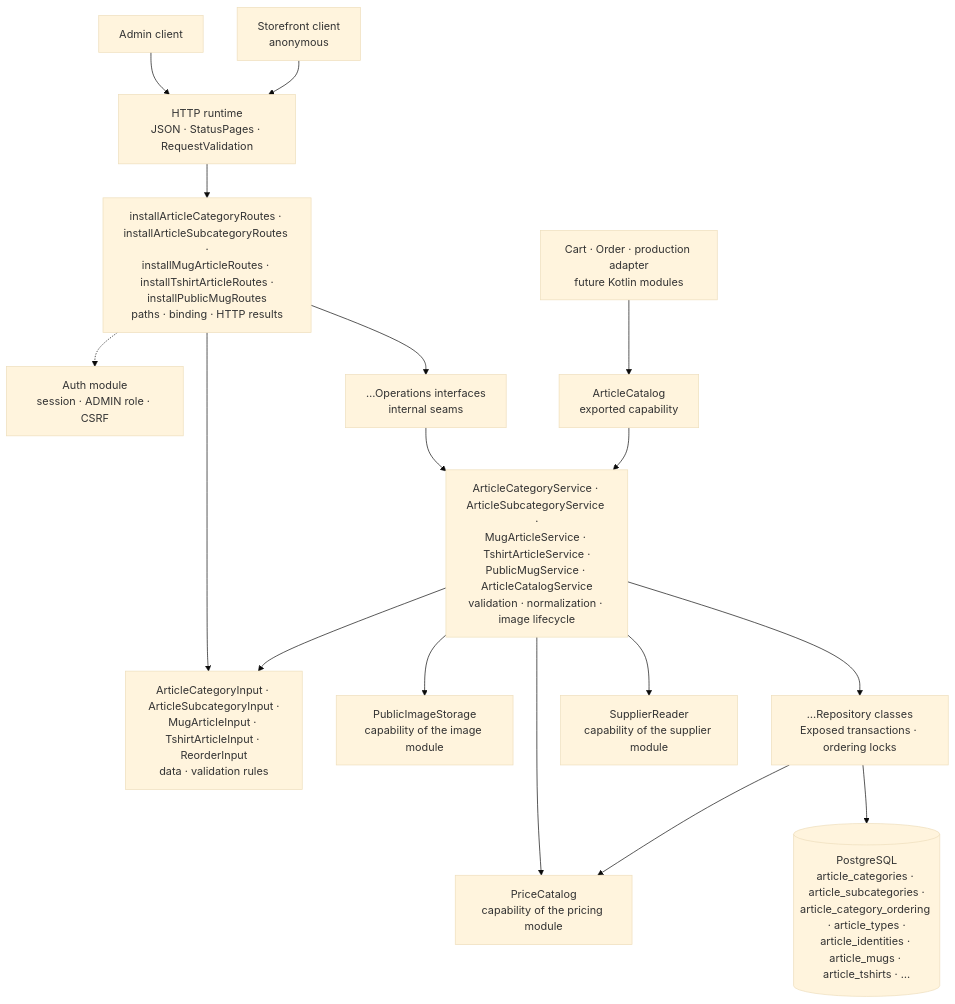
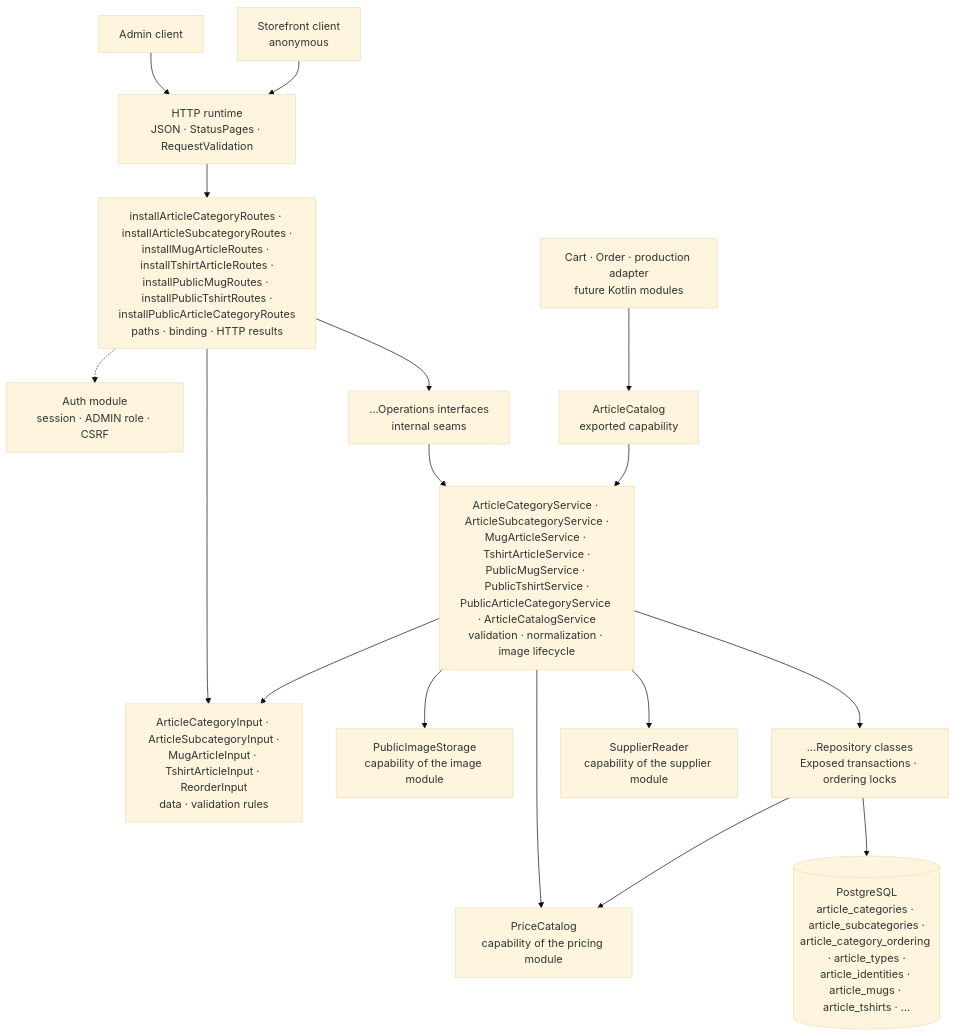
The diagram in docs/dev/backend/article-package.md (bitstorm-tech/voenix-shop-kotlin), drawn with Mermaid (base theme) before and after one commit. The commit also changed other lines of this file and 21 other files, not shown here.

````diff
--- a/docs/dev/backend/article-package.md
+++ b/docs/dev/backend/article-package.md
@@ -58,33 +57,33 @@
 ```mermaid
 flowchart TB
     Client["Admin client"]
     Shop["Storefront client<br/>anonymous"]
     Http["HTTP runtime<br/>JSON · StatusPages · RequestValidation"]
     Auth["Auth module<br/>session · ADMIN role · CSRF"]
-    Routes["installArticleCategoryRoutes · installArticleSubcategoryRoutes ·<br/>installMugArticleRoutes · installTshirtArticleRoutes ·<br/>installPublicMugRoutes<br/>paths · binding · HTTP results"]
+    Routes["installArticleCategoryRoutes · installArticleSubcategoryRoutes ·<br/>installMugArticleRoutes · installTshirtArticleRoutes ·<br/>installPublicMugRoutes · installPublicTshirtRoutes ·<br/>installPublicArticleCategoryRoutes<br/>paths · binding · HTTP results"]
     Input["ArticleCategoryInput · ArticleSubcategoryInput ·<br/>MugArticleInput · TshirtArticleInput · ReorderInput<br/>data · validation rules"]
     Operations["…Operations interfaces<br/>internal seams"]
     Consumer["Cart · Order · production adapter<br/>future Kotlin modules"]
     Catalog["ArticleCatalog<br/>exported capability"]
-    Service["ArticleCategoryService · ArticleSubcategoryService ·<br/>MugArticleService · TshirtArticleService ·<br/>PublicMugService · ArticleCatalogService<br/>validation · normalization · image lifecycle"]
+    Service["ArticleCategoryService · ArticleSubcategoryService ·<br/>MugArticleService · TshirtArticleService ·<br/>PublicMugService · PublicTshirtService ·<br/>PublicArticleCategoryService · ArticleCatalogService<br/>validation · normalization · image lifecycle"]
     Images["PublicImageStorage<br/>capability of the image module"]
     Prices["PriceCatalog<br/>capability of the pricing module"]
     Suppliers["SupplierReader<br/>capability of the supplier module"]
     Repository["…Repository classes<br/>Exposed transactions · ordering locks"]
     Database[("PostgreSQL<br/>article_categories · article_subcategories ·<br/>article_category_ordering · article_types ·<br/>article_identities · article_mugs · article_tshirts · …")]
 
     Client --> Http --> Routes
     Shop --> Http
     Consumer --> Catalog --> Service
     Routes -.-> Auth
     Routes --> Input
     Routes --> Operations
     Operations --> Service
     Service --> Input
     Service --> Images
     Service --> Prices
     Service --> Suppliers
     Service --> Repository
     Repository --> Prices
     Repository --> Database
 ```
````
